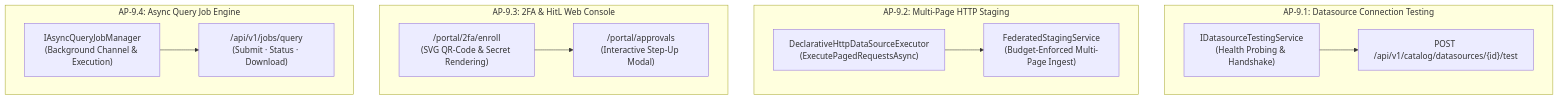
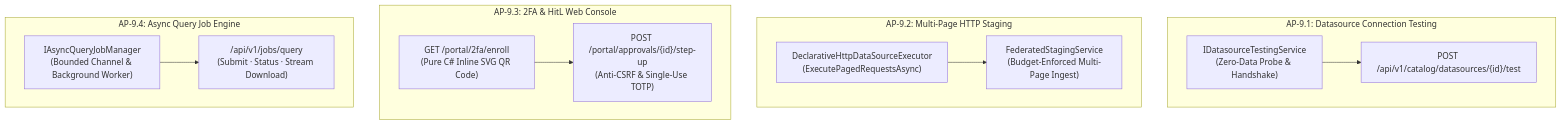
The first of 7 diagrams in docs/plans/2026-10-09-implementierungsplan-restliche-luecken-onboarding-pagination-ui-jobs.md (themulle/autheris), drawn with Mermaid before and after one commit. The commit also changed other lines of this file, not shown here.

Commit message:
docs(architecture): deep technical detail and specifications for Plan 9

````diff
--- a/docs/plans/2026-10-09-implementierungsplan-restliche-luecken-onboarding-pagination-ui-jobs.md
+++ b/docs/plans/2026-10-09-implementierungsplan-restliche-luecken-onboarding-pagination-ui-jobs.md
@@ -135,27 +212,27 @@
 ```mermaid
 flowchart TD
     subgraph AP91["AP-9.1: Datasource Connection Testing"]
-        TEST_SVC["IDatasourceTestingService<br/>(Health Probing & Handshake)"]
+        TEST_SVC["IDatasourceTestingService<br/>(Zero-Data Probe & Handshake)"]
         TEST_EP["POST /api/v1/catalog/datasources/{id}/test"]
     end
 
     subgraph AP92["AP-9.2: Multi-Page HTTP Staging"]
         PAGE_EXEC["DeclarativeHttpDataSourceExecutor<br/>(ExecutePagedRequestsAsync)"]
         STAGE_PAGE["FederatedStagingService<br/>(Budget-Enforced Multi-Page Ingest)"]
     end
 
     subgraph AP93["AP-9.3: 2FA & HitL Web Console"]
-        PORTAL_2FA["/portal/2fa/enroll<br/>(SVG QR-Code & Secret Rendering)"]
-        PORTAL_HITL["/portal/approvals<br/>(Interactive Step-Up Modal)"]
+        PORTAL_2FA["GET /portal/2fa/enroll<br/>(Pure C# Inline SVG QR Code)"]
+        PORTAL_HITL["POST /portal/approvals/{id}/step-up<br/>(Anti-CSRF & Single-Use TOTP)"]
     end
 
     subgraph AP94["AP-9.4: Async Query Job Engine"]
-        JOB_MGR["IAsyncQueryJobManager<br/>(Background Channel & Execution)"]
-        JOB_EP["/api/v1/jobs/query<br/>(Submit · Status · Download)"]
+        JOB_MGR["IAsyncQueryJobManager<br/>(Bounded Channel & Background Worker)"]
+        JOB_EP["/api/v1/jobs/query<br/>(Submit · Status · Stream Download)"]
     end
 
     TEST_SVC --> TEST_EP
     PAGE_EXEC --> STAGE_PAGE
     PORTAL_2FA --> PORTAL_HITL
     JOB_MGR --> JOB_EP
 ```
````
